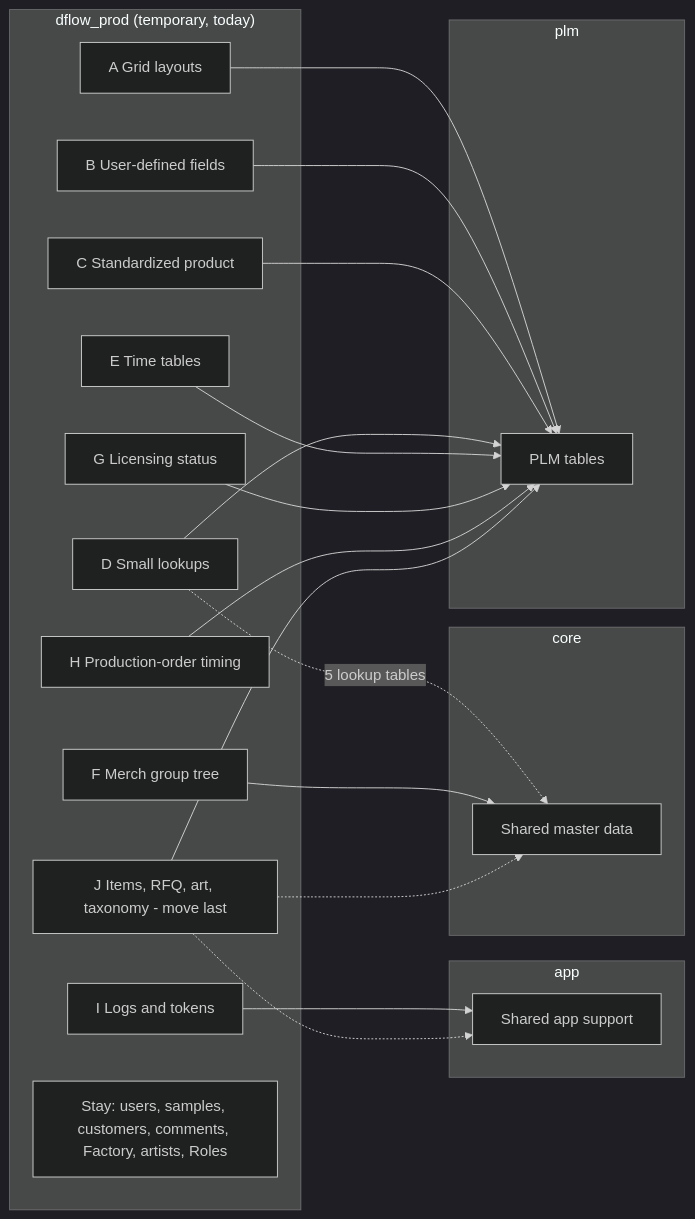
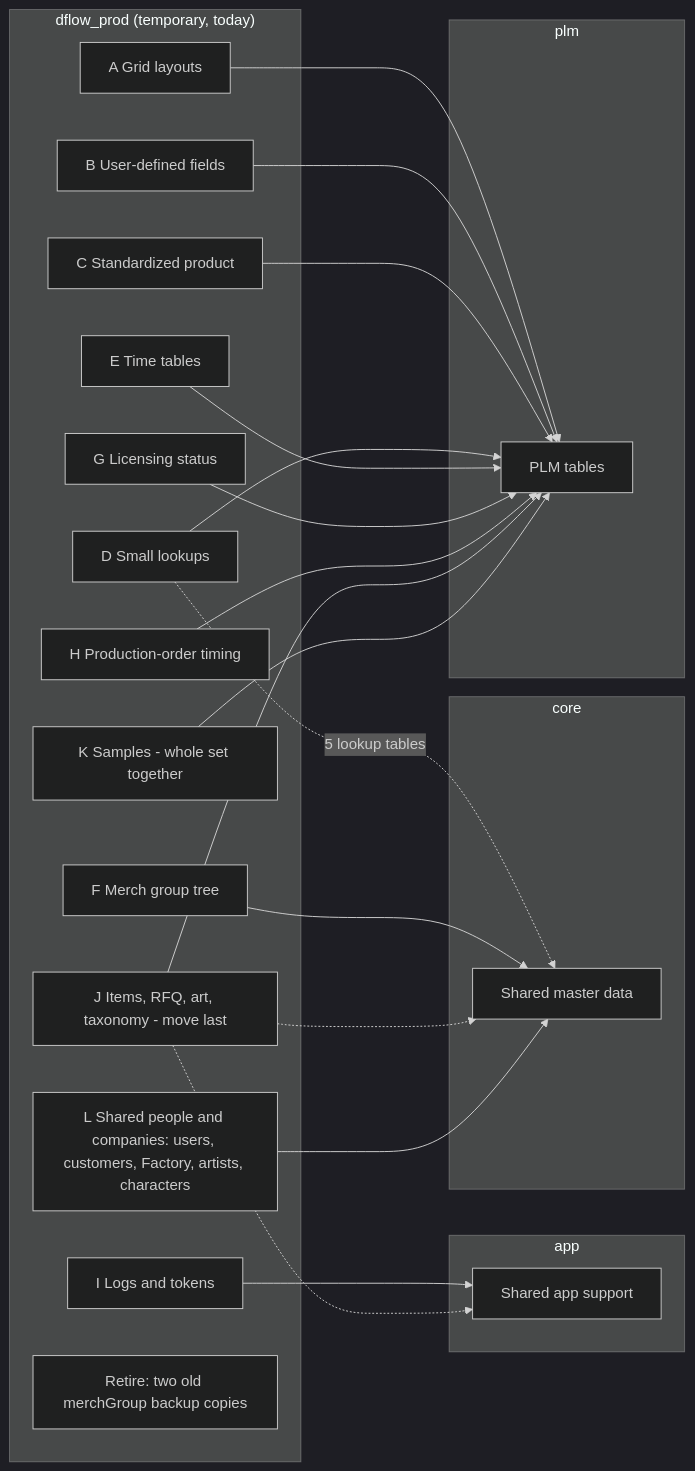
The diagram in docs/designflow-dflow-prod-move-groups-20261105.md (popcre/shared-db), drawn with Mermaid (dark theme) before and after one commit. The commit also changed other lines of this file and 1 other file, not shown here.

Commit message:
docs: give every dflow_prod table a permanent home; schema is deleted

````diff
--- a/docs/designflow-dflow-prod-move-groups-20261105.md
+++ b/docs/designflow-dflow-prod-move-groups-20261105.md
@@ -11,38 +11,42 @@
 ```mermaid
 flowchart LR
   subgraph NOW["dflow_prod (temporary, today)"]
     A[A Grid layouts]
     B[B User-defined fields]
     C[C Standardized product]
     D[D Small lookups]
     E[E Time tables]
     F[F Merch group tree]
     G[G Licensing status]
     H[H Production-order timing]
     I[I Logs and tokens]
     J[J Items, RFQ, art, taxonomy - move last]
-    K[Stay: users, samples, customers, comments, Factory, artists, Roles]
+    K[K Samples - whole set together]
+    L[L Shared people and companies: users, customers, Factory, artists, characters]
+    R[Retire: two old merchGroup backup copies]
   end
   subgraph PLM["plm"]
     P1[PLM tables]
   end
   subgraph CORE["core"]
     C1[Shared master data]
   end
   subgraph APP["app"]
     A1[Shared app support]
   end
   A --> P1
   B --> P1
   C --> P1
   D --> P1
   D -. 5 lookup tables .-> C1
   E --> P1
   F --> C1
   G --> P1
   H --> P1
   I --> A1
   J --> P1
   J -.-> C1
   J -.-> A1
+  K --> P1
+  L --> C1
 ```
````
